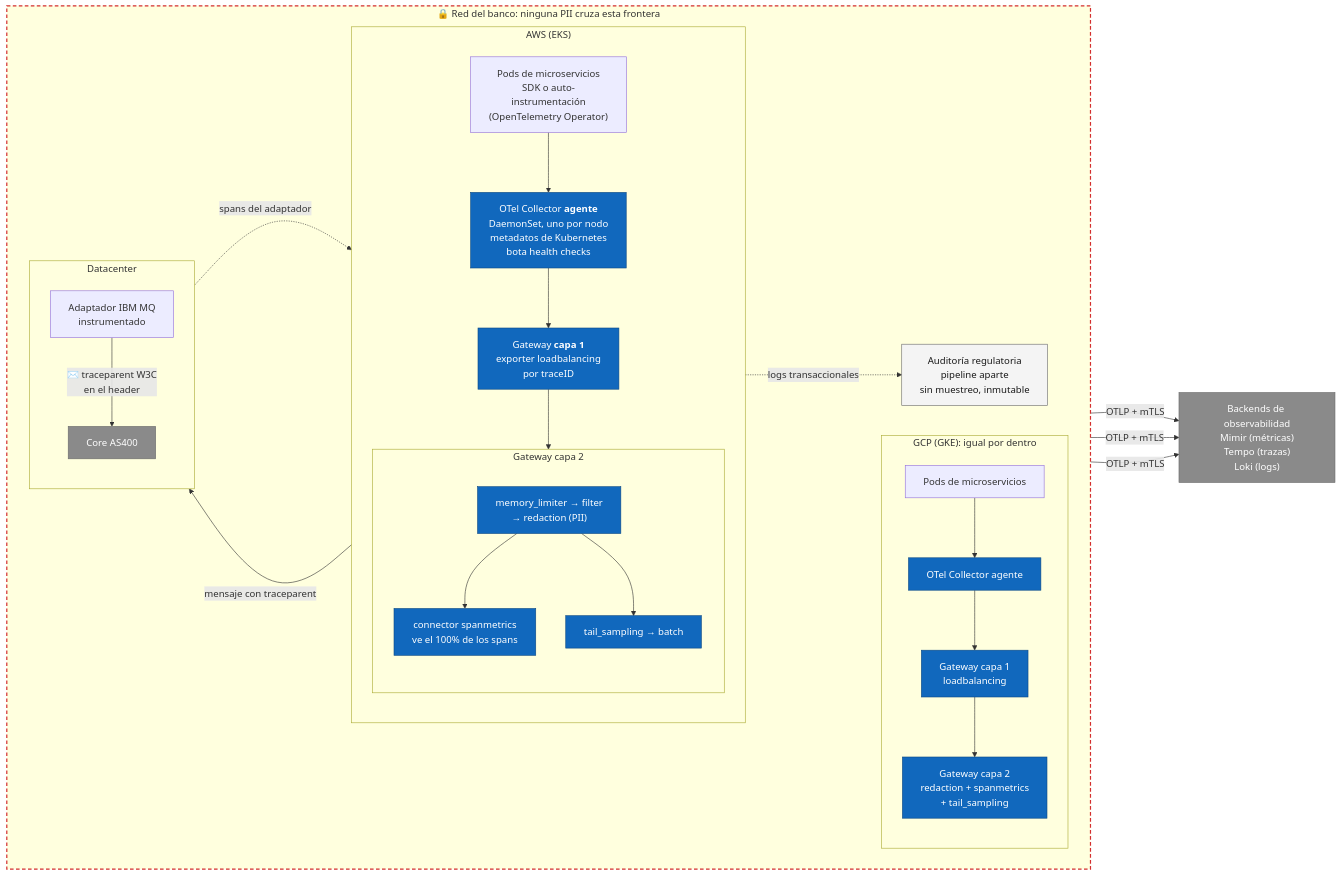
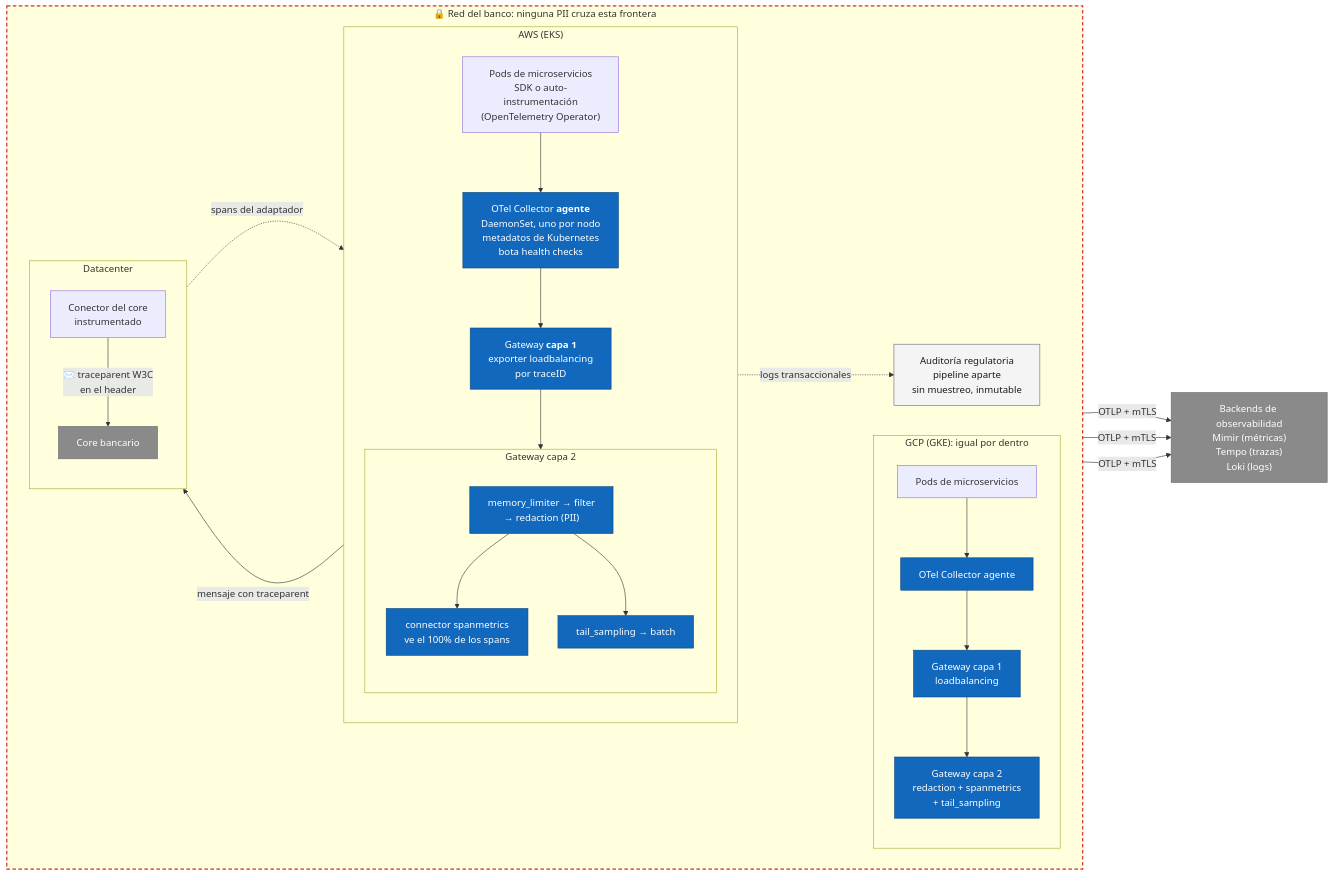
Before and after one commit to locosebas/necesidadesYGrafos: the sixth of 12 diagrams in devops-senior/temas/25-davivienda-sre-observabilidad/presentacion-libreto.md, drawn with Mermaid. The commit also changed other lines of this file and 2 other files, not shown here.

Commit message:
D30: quitar AS400 e IBM MQ de la presentación (el caso no los menciona); hablar del core bancario

````diff
--- a/devops-senior/temas/25-davivienda-sre-observabilidad/presentacion-libreto.md
+++ b/devops-senior/temas/25-davivienda-sre-observabilidad/presentacion-libreto.md
@@ -366,50 +366,50 @@
 ```mermaid
 flowchart LR
     subgraph banco["🔒 Red del banco: ninguna PII cruza esta frontera"]
         direction LR
         subgraph aws["AWS (EKS)"]
             direction TB
             appA["Pods de microservicios<br/>SDK o auto-instrumentación<br/>(OpenTelemetry Operator)"]
             agA["OTel Collector <b>agente</b><br/>DaemonSet, uno por nodo<br/>metadatos de Kubernetes<br/>bota health checks"]
             gw1A["Gateway <b>capa 1</b><br/>exporter loadbalancing<br/>por traceID"]
             subgraph gw2A["Gateway capa 2"]
                 direction TB
                 procA["memory_limiter → filter<br/>→ redaction (PII)"]
                 smA["connector spanmetrics<br/>ve el 100% de los spans"]
                 tsA["tail_sampling → batch"]
                 procA --> smA
                 procA --> tsA
             end
             appA --> agA --> gw1A --> procA
         end
 
         subgraph gcp["GCP (GKE): igual por dentro"]
             direction TB
             appG["Pods de microservicios"] --> agG["OTel Collector agente"] --> gw1G["Gateway capa 1<br/>loadbalancing"] --> gw2G["Gateway capa 2<br/>redaction + spanmetrics<br/>+ tail_sampling"]
         end
 
         subgraph dc["Datacenter"]
             direction TB
-            mq["Adaptador IBM MQ<br/>instrumentado"] -- "✉️ traceparent W3C<br/>en el header" --> as400["Core AS400"]
+            mq["Conector del core<br/>instrumentado"] -- "✉️ traceparent W3C<br/>en el header" --> as400["Core bancario"]
         end
 
         audit["Auditoría regulatoria<br/>pipeline aparte<br/>sin muestreo, inmutable"]
     end
 
     backends["Backends de observabilidad<br/>Mimir (métricas)<br/>Tempo (trazas)<br/>Loki (logs)"]
 
     appA -- "mensaje con traceparent" --> mq
     mq -. "spans del adaptador" .-> gw1A
     smA -- "OTLP + mTLS" --> backends
     tsA -- "OTLP + mTLS" --> backends
     gw2G -- "OTLP + mTLS" --> backends
     appA -. "logs transaccionales" .-> audit
 
     classDef col fill:#1168bd,stroke:#0b4884,color:#ffffff
     classDef ext fill:#8a8a8a,stroke:#6b6b6b,color:#ffffff
     classDef reg fill:#f4f4f4,stroke:#6b6b6b,color:#1b1b1b
     class agA,gw1A,procA,smA,tsA,agG,gw1G,gw2G col
     class backends,as400 ext
     class audit reg
     style banco stroke:#d32f2f,stroke-width:2px,stroke-dasharray:6 4
 ```
````
